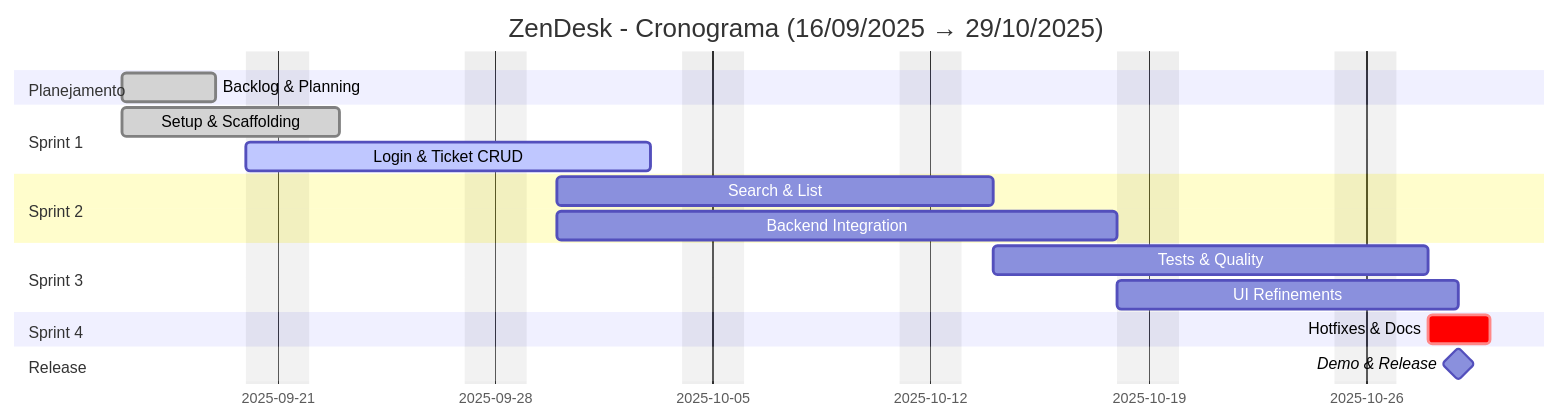
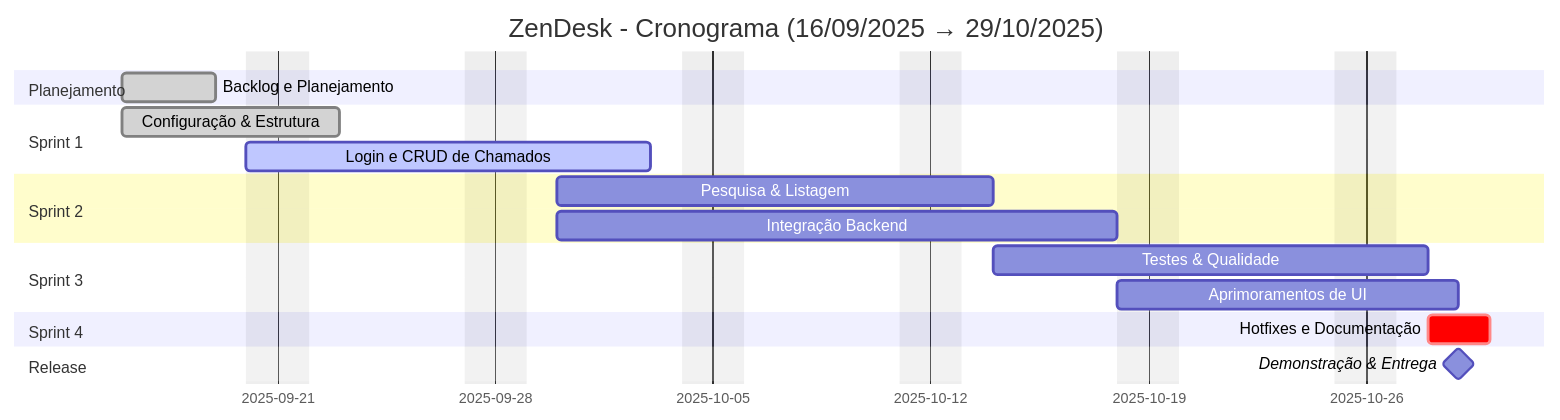
The diagram in gantt/gantt.mmd (acreditar/ZenDesk), drawn with Mermaid before and after one commit. The commit also changed 4 other files, not shown here.

Commit message:
<doc> adicionando diagrama, arrumando diagrama gantt

```diff
--- a/gantt/gantt.mmd
+++ b/gantt/gantt.mmd
@@ -1,25 +1,25 @@
 gantt
   dateFormat  YYYY-MM-DD
   title ZenDesk - Cronograma (16/09/2025 → 29/10/2025)
   excludes weekends
 
   section Planejamento
-  Backlog & Planning       :done,    des1, 2025-09-16, 2025-09-19
+  Backlog e Planejamento   :done,    des1, 2025-09-16, 2025-09-19
 
   section Sprint 1
-  Setup & Scaffolding      :done,    s1-setup, 2025-09-16, 5d
-  Login & Ticket CRUD      :active,  s1-feat, 2025-09-20, 10d
+  Configuração & Estrutura :done,    s1-setup, 2025-09-16, 5d
+  Login e CRUD de Chamados  :active,  s1-feat, 2025-09-20, 10d
 
   section Sprint 2
-  Search & List            :         s2-feat, 2025-09-30, 10d
-  Backend Integration      :         s2-int, 2025-09-30, 14d
+  Pesquisa & Listagem      :         s2-feat, 2025-09-30, 10d
+  Integração Backend       :         s2-int, 2025-09-30, 14d
 
   section Sprint 3
-  Tests & Quality          :         s3-test, 2025-10-14, 10d
-  UI Refinements           :         s3-ui, 2025-10-18, 8d
+  Testes & Qualidade       :         s3-test, 2025-10-14, 10d
+  Aprimoramentos de UI     :         s3-ui, 2025-10-18, 8d
 
   section Sprint 4
-  Hotfixes & Docs          :crit,    s4, 2025-10-28, 2d
+  Hotfixes e Documentação  :crit,    s4, 2025-10-28, 2d
 
   section Release
-  Demo & Release           :milestone, release, 2025-10-29, 0d
+  Demonstração & Entrega   :milestone, release, 2025-10-29, 0d
```
